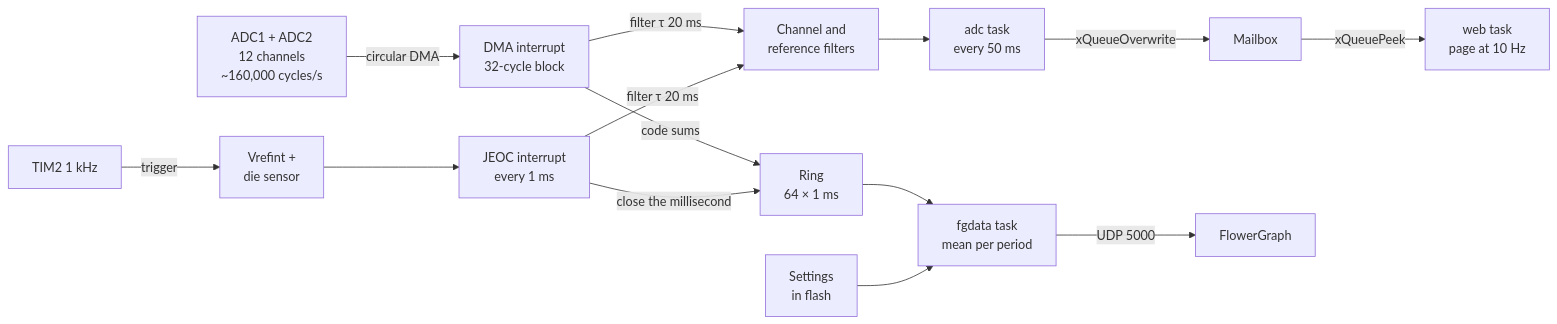
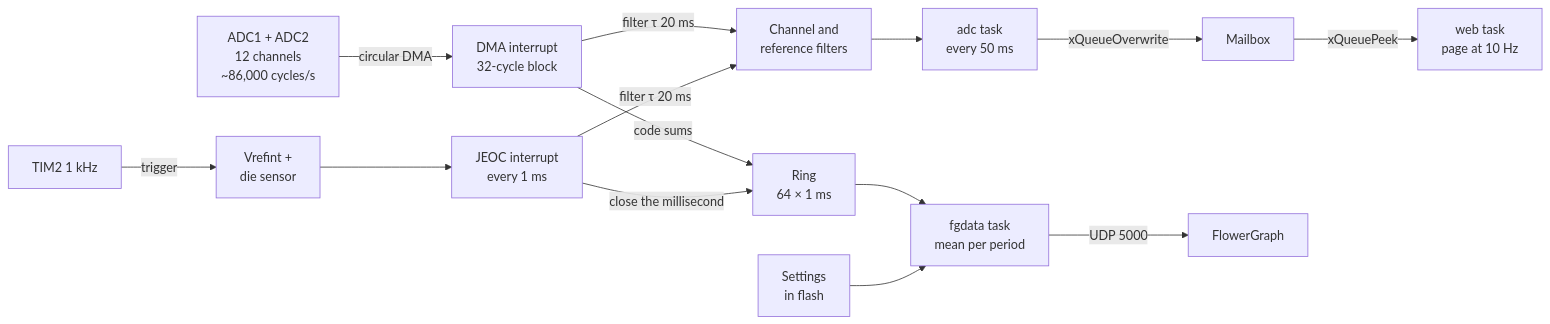
Before and after one commit to mamkincoderr/V307_FreeRTOS: the diagram in README_EN.md, drawn with Mermaid. The commit also changed other lines of this file and 7 other files, not shown here.

````diff
--- a/README_EN.md
+++ b/README_EN.md
@@ -105,16 +105,16 @@
 ```mermaid
 flowchart LR
-    ADC["ADC1 + ADC2<br/>12 channels<br/>~160,000 cycles/s"] -->|circular DMA| ISR1["DMA interrupt<br/>32-cycle block"]
+    ADC["ADC1 + ADC2<br/>12 channels<br/>~86,000 cycles/s"] -->|circular DMA| ISR1["DMA interrupt<br/>32-cycle block"]
     TIM["TIM2 1 kHz"] -->|trigger| INJ["Vrefint +<br/>die sensor"]
     INJ --> ISR2["JEOC interrupt<br/>every 1 ms"]
     ISR1 -->|code sums| RING["Ring<br/>64 × 1 ms"]
     ISR2 -->|close the millisecond| RING
     ISR1 -->|filter τ 20 ms| FILT["Channel and<br/>reference filters"]
     ISR2 -->|filter τ 20 ms| FILT
     FILT --> ADCT["adc task<br/>every 50 ms"]
     ADCT -->|xQueueOverwrite| MB["Mailbox"]
     MB -->|xQueuePeek| WEB["web task<br/>page at 10 Hz"]
     RING --> FGD["fgdata task<br/>mean per period"]
     CFG["Settings<br/>in flash"] --> FGD
     FGD -->|UDP 5000| FG["FlowerGraph"]
 ```
````
